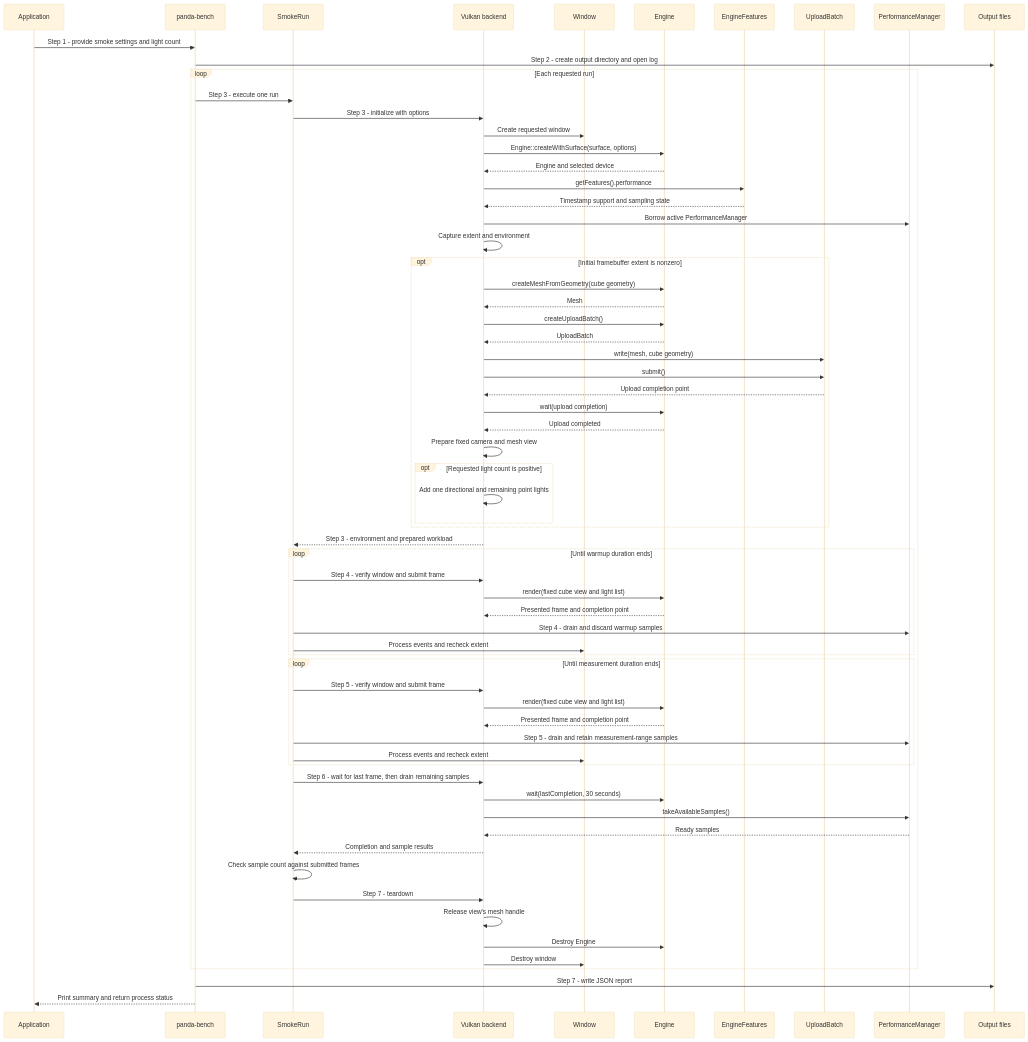
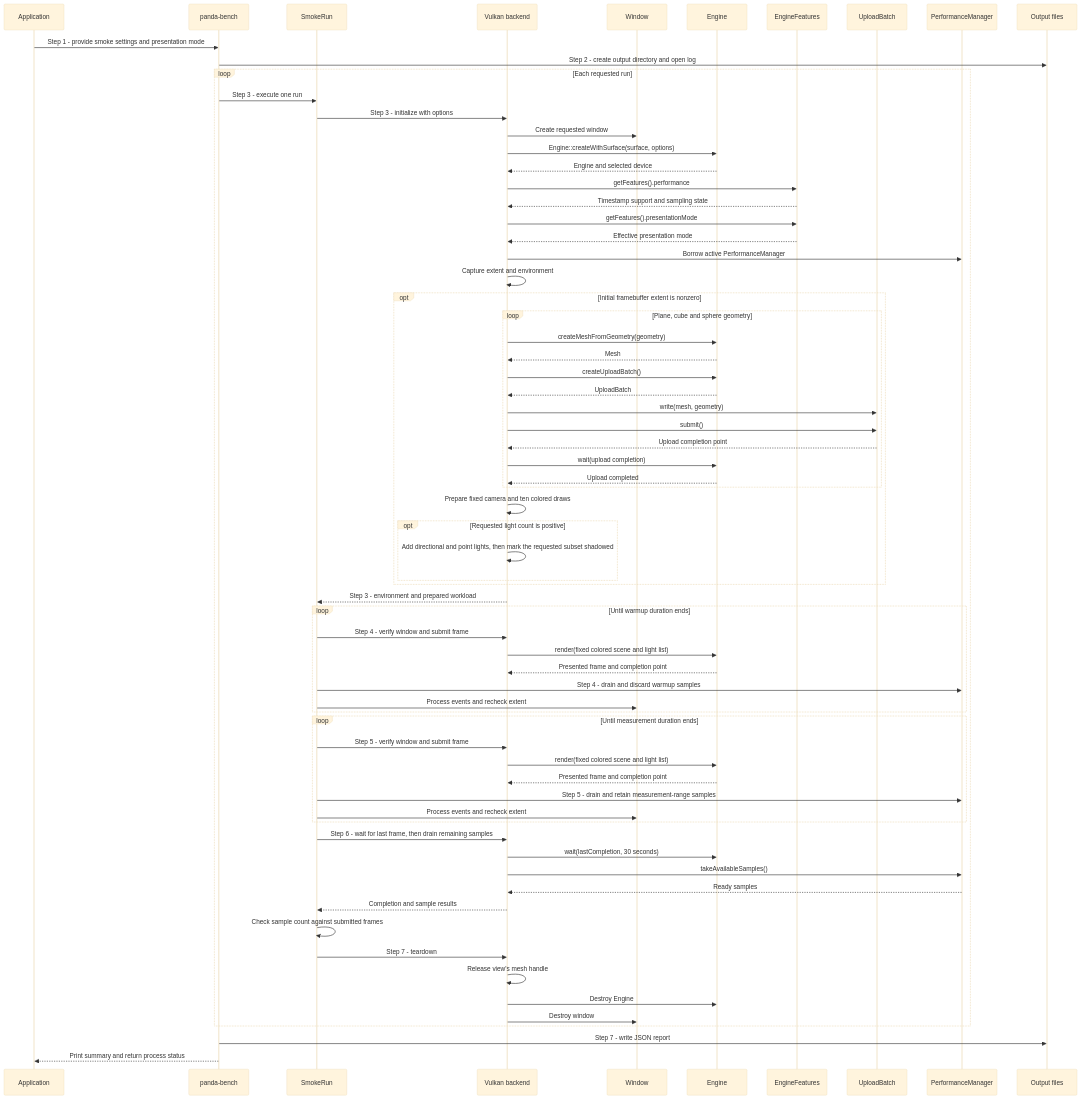
One commit to a-soltysik/Panda changed the first of 2 diagrams in docs/use-cases/benchmark-smoke-run.md. Above: the diagram before and after it, drawn with Mermaid (base theme). The commit also changed other lines of this file and 60 other files, not shown here.

````diff
--- a/docs/use-cases/benchmark-smoke-run.md
+++ b/docs/use-cases/benchmark-smoke-run.md
@@ -63,68 +72,72 @@
 ```mermaid
 sequenceDiagram
     participant A as Application
     participant M as panda-bench
     participant S as SmokeRun
     participant B as Vulkan backend
     participant W as Window
     participant C as Engine
     participant E as EngineFeatures
     participant U as UploadBatch
     participant P as PerformanceManager
     participant F as Output files
-    A ->> M: Step 1 - provide smoke settings and light count
+    A ->> M: Step 1 - provide smoke settings and presentation mode
     M ->> F: Step 2 - create output directory and open log
     loop Each requested run
         M ->> S: Step 3 - execute one run
         S ->> B: Step 3 - initialize with options
         B ->> W: Create requested window
         B ->> C: Engine::createWithSurface(surface, options)
         C -->> B: Engine and selected device
         B ->> E: getFeatures().performance
         E -->> B: Timestamp support and sampling state
+        B ->> E: getFeatures().presentationMode
+        E -->> B: Effective presentation mode
         B ->> P: Borrow active PerformanceManager
         B ->> B: Capture extent and environment
         opt Initial framebuffer extent is nonzero
-            B ->> C: createMeshFromGeometry(cube geometry)
-            C -->> B: Mesh
-            B ->> C: createUploadBatch()
-            C -->> B: UploadBatch
-            B ->> U: write(mesh, cube geometry)
-            B ->> U: submit()
-            U -->> B: Upload completion point
-            B ->> C: wait(upload completion)
-            C -->> B: Upload completed
-            B ->> B: Prepare fixed camera and mesh view
+            loop Plane, cube and sphere geometry
+                B ->> C: createMeshFromGeometry(geometry)
+                C -->> B: Mesh
+                B ->> C: createUploadBatch()
+                C -->> B: UploadBatch
+                B ->> U: write(mesh, geometry)
+                B ->> U: submit()
+                U -->> B: Upload completion point
+                B ->> C: wait(upload completion)
+                C -->> B: Upload completed
+            end
+            B ->> B: Prepare fixed camera and ten colored draws
             opt Requested light count is positive
-                B ->> B: Add one directional and remaining point lights
+                B ->> B: Add directional and point lights, then mark the requested subset shadowed
             end
         end
         B -->> S: Step 3 - environment and prepared workload
         loop Until warmup duration ends
             S ->> B: Step 4 - verify window and submit frame
-            B ->> C: render(fixed cube view and light list)
+            B ->> C: render(fixed colored scene and light list)
             C -->> B: Presented frame and completion point
             S ->> P: Step 4 - drain and discard warmup samples
             S ->> W: Process events and recheck extent
         end
         loop Until measurement duration ends
             S ->> B: Step 5 - verify window and submit frame
-            B ->> C: render(fixed cube view and light list)
+            B ->> C: render(fixed colored scene and light list)
             C -->> B: Presented frame and completion point
             S ->> P: Step 5 - drain and retain measurement-range samples
             S ->> W: Process events and recheck extent
         end
         S ->> B: Step 6 - wait for last frame, then drain remaining samples
         B ->> C: wait(lastCompletion, 30 seconds)
         B ->> P: takeAvailableSamples()
         P -->> B: Ready samples
         B -->> S: Completion and sample results
         S ->> S: Check sample count against submitted frames
         S ->> B: Step 7 - teardown
         B ->> B: Release view's mesh handle
         B ->> C: Destroy Engine
         B ->> W: Destroy window
     end
     M ->> F: Step 7 - write JSON report
     M -->> A: Print summary and return process status
 ```
````
